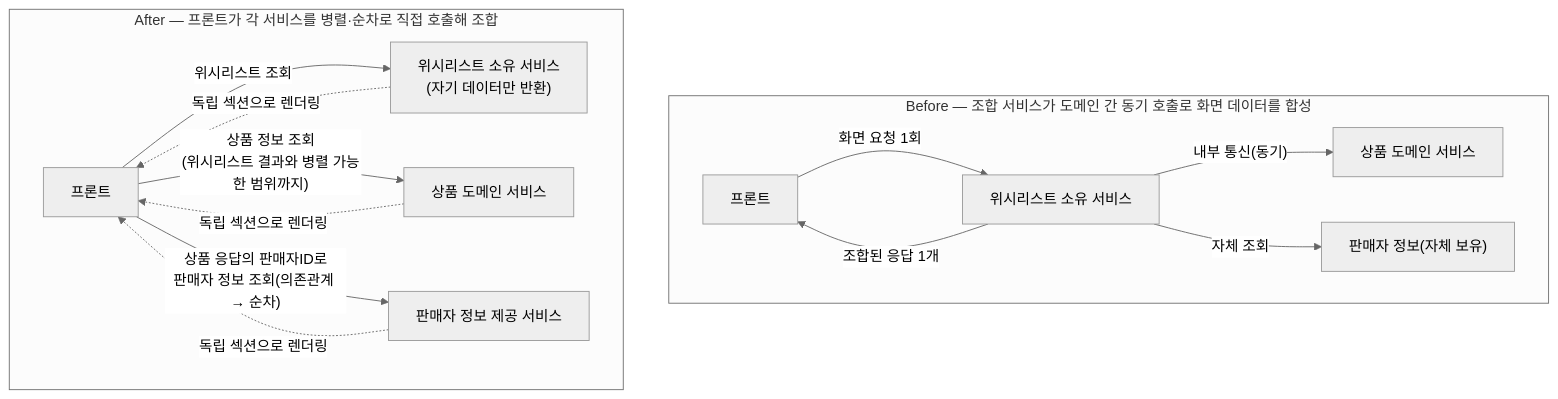
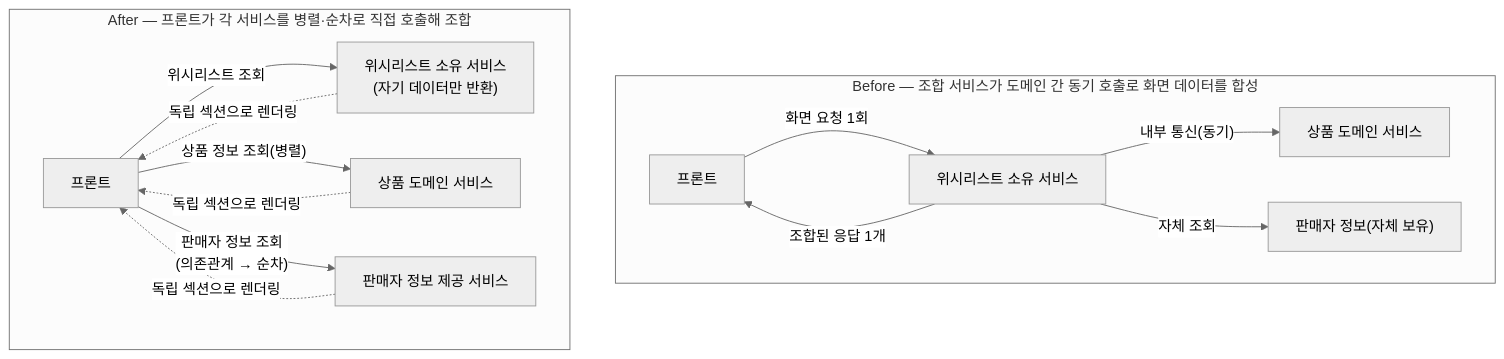
Before and after one commit to Jinpyo-An/Jinpyo-An.github.io: the diagram in src/content/projects/project-1/troubleshooting/page-composition-frontend-migration/index.md, drawn with Mermaid (neutral theme). The commit also changed other lines of this file, not shown here.

````diff
--- a/src/content/projects/project-1/troubleshooting/page-composition-frontend-migration/index.md
+++ b/src/content/projects/project-1/troubleshooting/page-composition-frontend-migration/index.md
@@ -22,18 +28,18 @@
 ```mermaid
 flowchart TB
     subgraph BEFORE["Before — 조합 서비스가 도메인 간 동기 호출로 화면 데이터를 합성"]
         FE1["프론트"] -->|"화면 요청 1회"| SVC["위시리스트 소유 서비스"]
         SVC -->|"내부 통신(동기)"| PRD["상품 도메인 서비스"]
         SVC -->|"자체 조회"| SELF["판매자 정보(자체 보유)"]
         SVC -->|"조합된 응답 1개"| FE1
     end
 
     subgraph AFTER["After — 프론트가 각 서비스를 병렬·순차로 직접 호출해 조합"]
         FE2["프론트"] -->|"위시리스트 조회"| WL["위시리스트 소유 서비스\n(자기 데이터만 반환)"]
-        FE2 -->|"상품 정보 조회\n(위시리스트 결과와 병렬 가능한 범위까지)"| PRD2["상품 도메인 서비스"]
-        FE2 -->|"상품 응답의 판매자ID로\n판매자 정보 조회(의존관계 → 순차)"| SEL2["판매자 정보 제공 서비스"]
+        FE2 -->|"상품 정보 조회(병렬)"| PRD2["상품 도메인 서비스"]
+        FE2 -->|"판매자 정보 조회\n(의존관계 → 순차)"| SEL2["판매자 정보 제공 서비스"]
         WL -.->|"독립 섹션으로 렌더링"| FE2
         PRD2 -.->|"독립 섹션으로 렌더링"| FE2
         SEL2 -.->|"독립 섹션으로 렌더링"| FE2
     end
 ```
````
